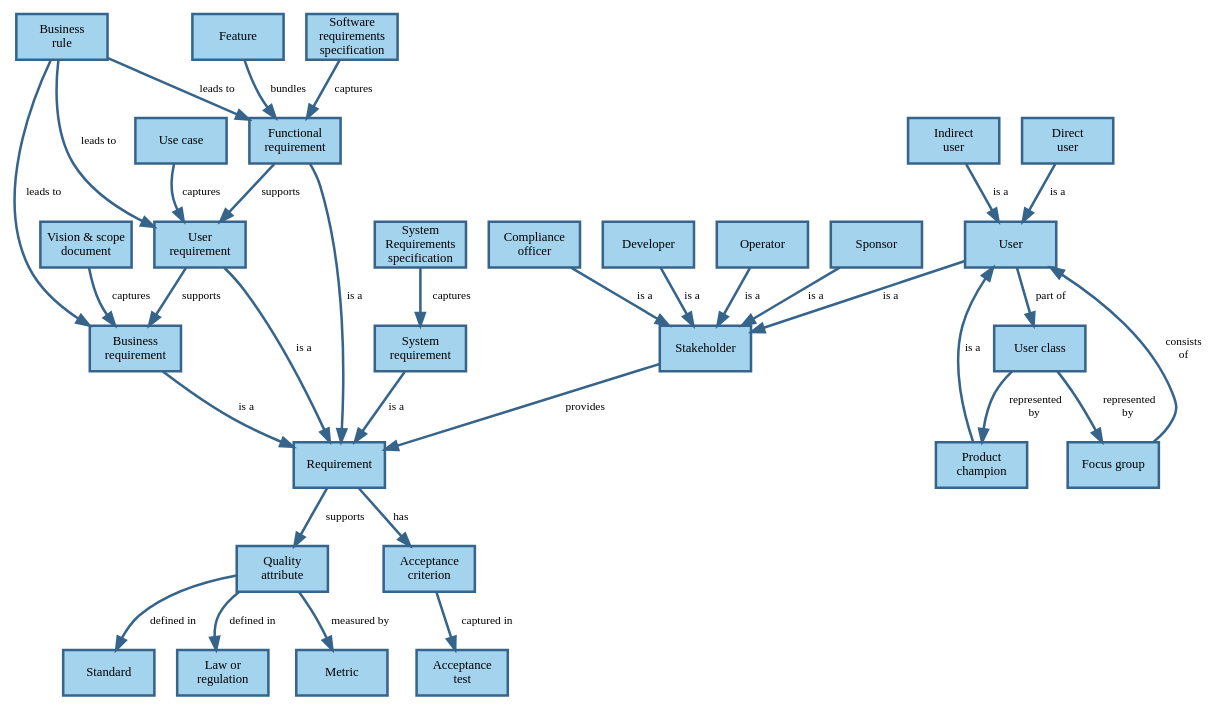
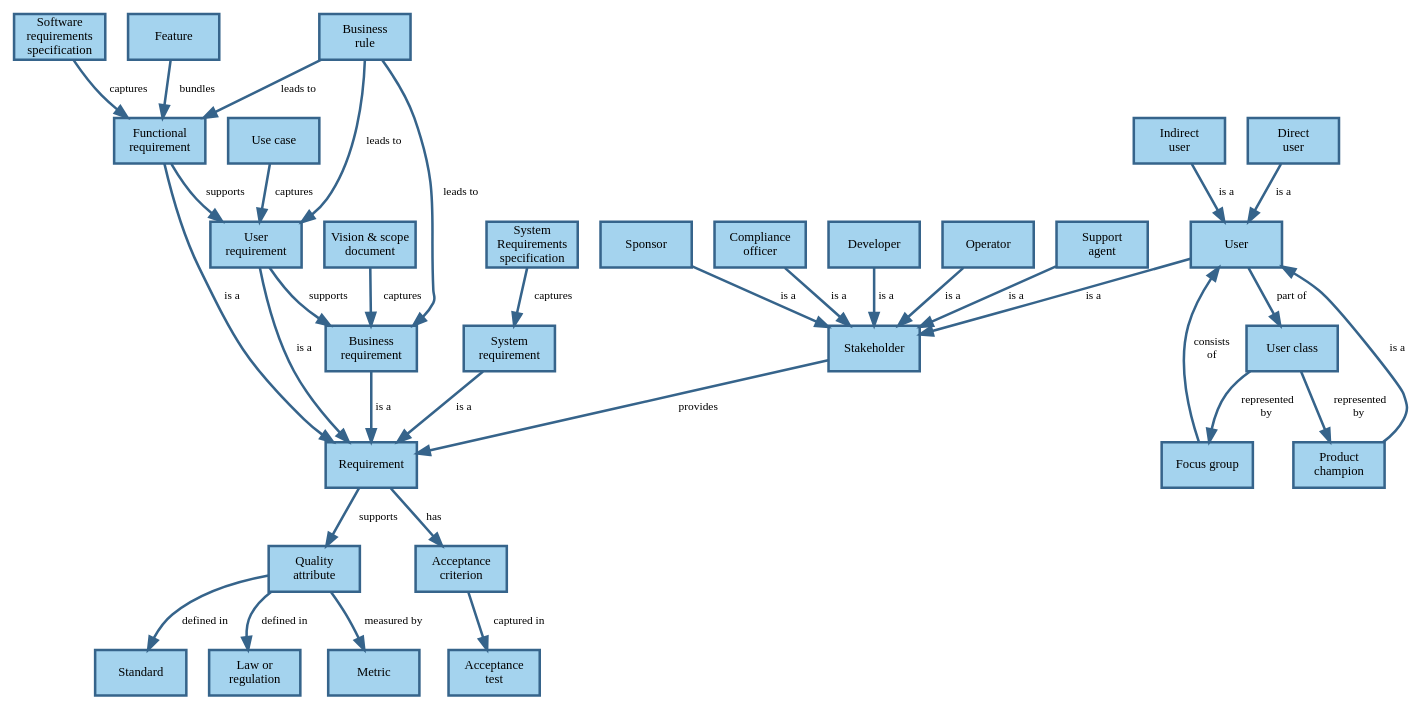
The diagram in docs/requirements/concepts.md (setms/book), drawn with Graphviz before and after one commit. The commit also changed 3 other files, not shown here.

````diff
--- a/docs/requirements/concepts.md
+++ b/docs/requirements/concepts.md
@@ -3,67 +3,69 @@
 ```dot process
 digraph requirements_concept_map {
   node [shape=rect, style="filled", fixedsize=true, width=1, height=0.5, fillcolor=lightskyblue2,
     color=steelblue4, penwidth=2, fontsize=10];
   edge [fontsize=9, color=steelblue4, penwidth=2];
 
   Sponsor;
   DU [label="Direct\nuser"];
   IU [label="Indirect\nuser"];
   User;
   Compliance [label="Compliance\nofficer"];
   Illity [label="Quality\nattribute"];
 
   Sponsor -> Stakeholder [label="  is a"];
   DU -> User [label="  is a"];
   IU -> User [label="  is a"];
   User -> Stakeholder [label="  is a"];
   User -> Class [label="  part of"];
   Class [label="User class"];
   Class -> Champion [label="  represented\nby"];
   Champion [label="Product\nchampion"];
   Champion -> User [label="is a"];
   Class -> Focus [label="  represented\nby"];
   Focus [label="Focus group"];
   Focus -> User [label="consists\nof"];
   Compliance -> Stakeholder [label="  is a"];
   Developer -> Stakeholder [label=" is a"];
   Operator -> Stakeholder [label="  is a"];
+  Support -> Stakeholder [label="  is a"];
+  Support [label="Support\nagent"];
   Stakeholder -> Requirement [label="  provides"];
   Requirement -> Illity [label="  supports"];
   Illity -> Metric [label="measured by    "];
   Illity -> Standard [label=" defined in  "];
   Illity -> Law [label="defined in        "];
   Law [label="Law or\nregulation"];
   Requirement -> AC [label=" has"];
   AC [label="Acceptance\ncriterion"];
   AC -> AT [label="  captured in"];
   AT [label="Acceptance\ntest"];
 
   BR [label="Business\nrequirement"];
   BR -> Requirement [label=" is a"];
   Vision -> BR [label="  captures"];
   Vision [label="Vision & scope\ndocument"];
   UR [label="User\nrequirement"];
   UR -> Requirement [label="is a"];
   UR -> BR [label=" supports   "];
   UC -> UR [label=" captures"];
   UC [label="Use case"];
   FR [label="Functional\nrequirement"];
   FR -> Requirement [label="  is a"];
   FR -> UR [label=" supports  "];
   SRS -> FR [label="captures  "];
   SRS [label="Software\nrequirements\nspecification"];
 
   System -> Requirement [label="is a"];
   System [label="System\nrequirement"];
   SyRS -> System[label="  captures"];
   SyRS [label="System\nRequirements\nspecification"];
 
   Rule [label="Business\nrule"];
   Rule -> BR [label="  leads to"];
   Rule -> UR [label=" leads to"];
   Rule -> FR [label="leads to"];
 
   Feature -> FR [label="  bundles"];
 }
 ```
````
